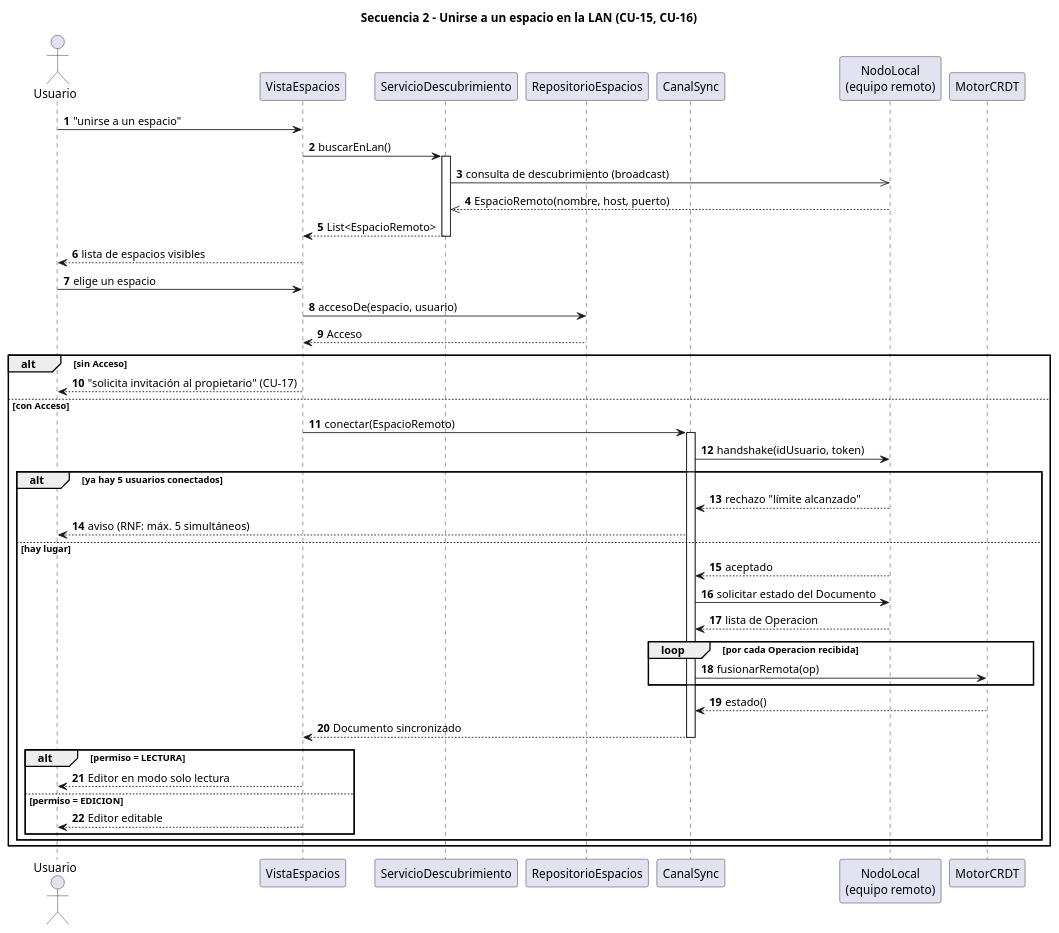
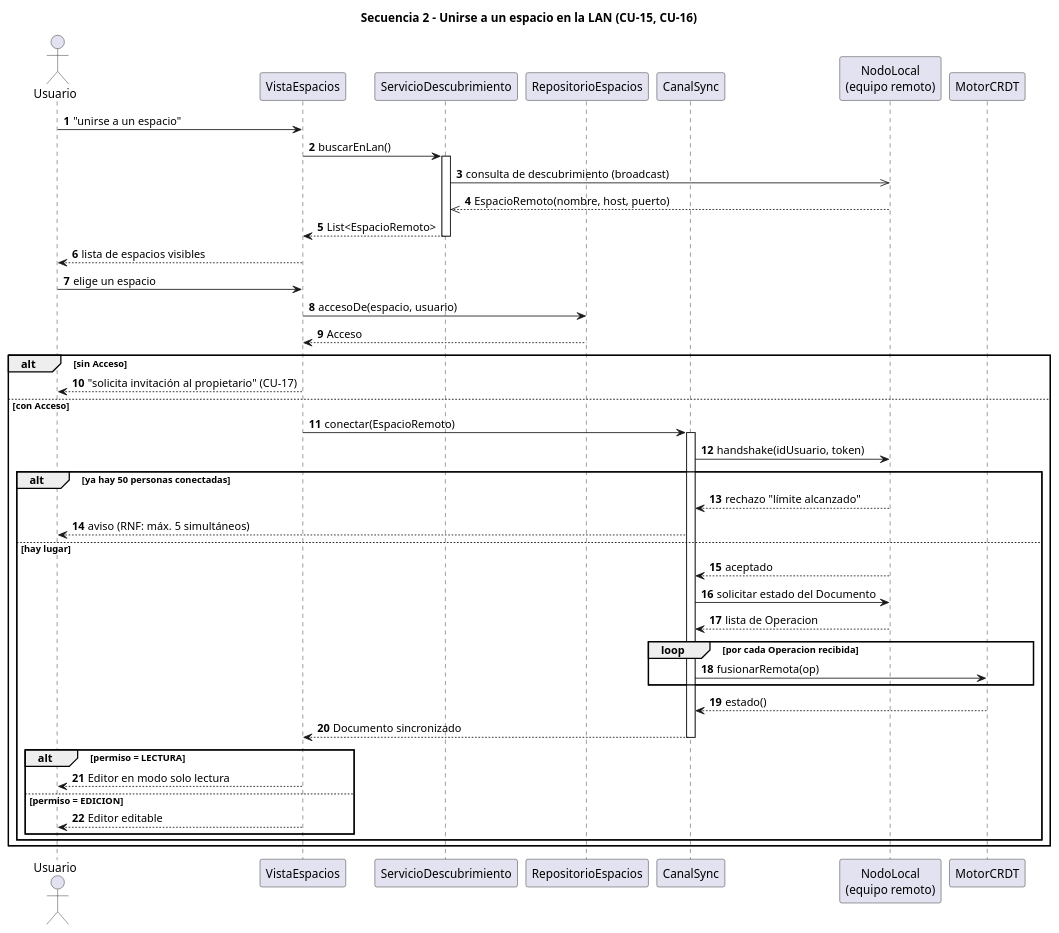
Before and after one commit to TruTruMaster/NOM-COLAB: the diagram in 4-CODIGO/diagramas/src/14-secuencia-unirse.puml, drawn with PlantUML. The commit also changed 99 other files, not shown here.

```diff
--- a/4-CODIGO/diagramas/src/14-secuencia-unirse.puml
+++ b/4-CODIGO/diagramas/src/14-secuencia-unirse.puml
@@ -1,56 +1,56 @@
 @startuml 14-secuencia-unirse
 title Secuencia 2 - Unirse a un espacio en la LAN (CU-15, CU-16)
 skinparam shadowing false
 autonumber
 
 actor "Usuario" as A
 participant "VistaEspacios" as V
 participant "ServicioDescubrimiento" as D
 participant "RepositorioEspacios" as RE
 participant "CanalSync" as CS
 participant "NodoLocal\n(equipo remoto)" as N
 participant "MotorCRDT" as M
 
 A -> V : "unirse a un espacio"
 V -> D : buscarEnLan()
 activate D
 D ->> N : consulta de descubrimiento (broadcast)
 N -->> D : EspacioRemoto(nombre, host, puerto)
 D --> V : List<EspacioRemoto>
 deactivate D
 V --> A : lista de espacios visibles
 
 A -> V : elige un espacio
 V -> RE : accesoDe(espacio, usuario)
 RE --> V : Acceso
 
 alt sin Acceso
   V --> A : "solicita invitación al propietario" (CU-17)
 else con Acceso
   V -> CS : conectar(EspacioRemoto)
   activate CS
   CS -> N : handshake(idUsuario, token)
 
-  alt ya hay 5 usuarios conectados
+  alt ya hay 50 personas conectadas
     N --> CS : rechazo "límite alcanzado"
     CS --> A : aviso (RNF: máx. 5 simultáneos)
   else hay lugar
     N --> CS : aceptado
     CS -> N : solicitar estado del Documento
     N --> CS : lista de Operacion
 
     loop por cada Operacion recibida
       CS -> M : fusionarRemota(op)
     end
     M --> CS : estado()
     CS --> V : Documento sincronizado
     deactivate CS
 
     alt permiso = LECTURA
       V --> A : Editor en modo solo lectura
     else permiso = EDICION
       V --> A : Editor editable
     end
   end
 end
 @enduml
```
